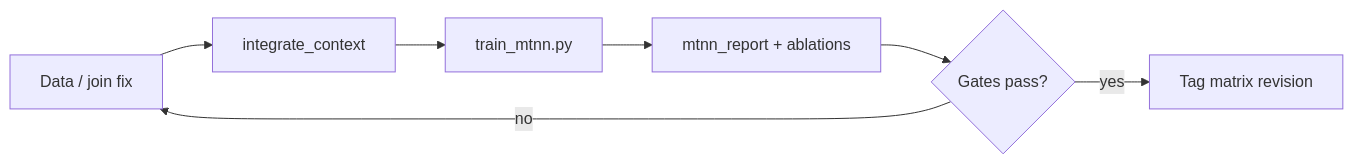
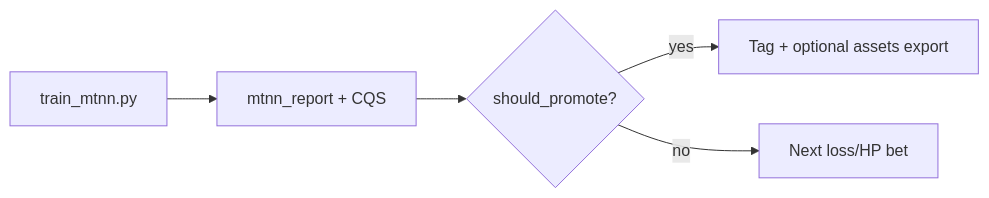
The diagram in pipeline/mtnn_hill_climb.md (jcdavis131/vector-hoops), drawn with Mermaid before and after one commit. The commit also changed other lines of this file and 7 other files, not shown here.

Commit message:
Add multi-task CQS gate and deploy-greedy --phase for MTNN.

````diff
--- a/pipeline/mtnn_hill_climb.md
+++ b/pipeline/mtnn_hill_climb.md
@@ -20,9 +25,7 @@
 ```mermaid
 flowchart LR
-  DATA[Data / join fix] --> MERGE[integrate_context]
-  MERGE --> TRAIN[train_mtnn.py]
-  TRAIN --> EVAL[mtnn_report + ablations]
-  EVAL --> GATE{Gates pass?}
-  GATE -->|yes| TAG[Tag matrix revision]
-  GATE -->|no| DATA
+  TRAIN[train_mtnn.py] --> REPORT[mtnn_report + CQS]
+  REPORT --> GATE{should_promote?}
+  GATE -->|yes| TAG[Tag + optional assets export]
+  GATE -->|no| BET[Next loss/HP bet]
 ```
````
